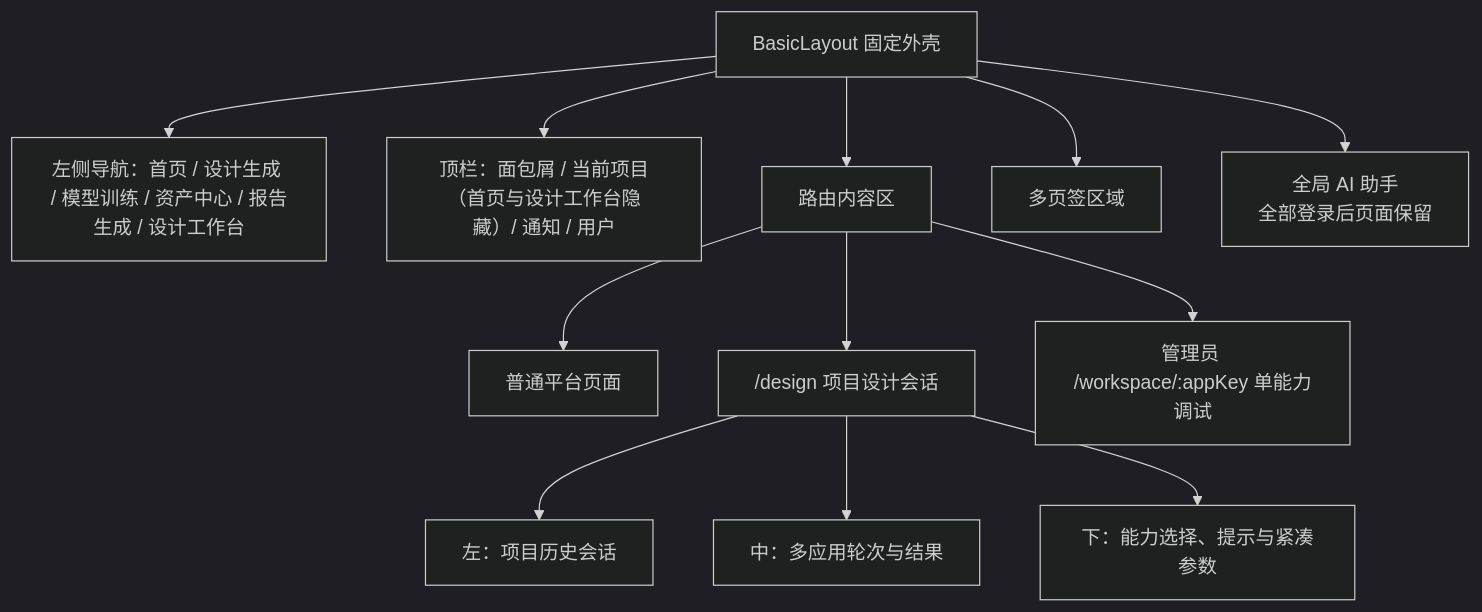
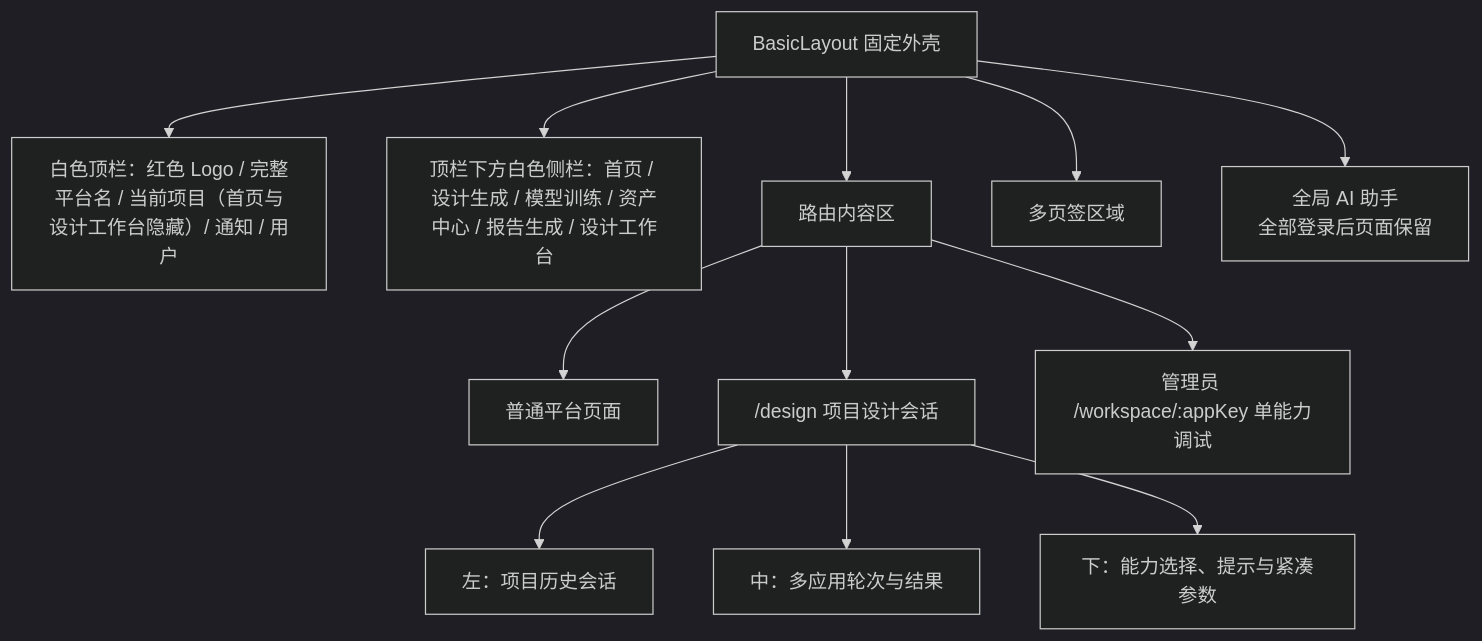
The third of 13 diagrams in docs/rail-platform/ARCHITECTURE.md (hywchina/vue-vben-admin), drawn with Mermaid (dark theme) before and after one commit. The commit also changed other lines of this file and 9 other files, not shown here.

````diff
--- a/docs/rail-platform/ARCHITECTURE.md
+++ b/docs/rail-platform/ARCHITECTURE.md
@@ -139,17 +139,17 @@
 ```mermaid
 flowchart TB
   Layout["BasicLayout 固定外壳"]
-  Layout --> Nav["左侧导航：首页 / 设计生成 / 模型训练 / 资产中心 / 报告生成 / 设计工作台"]
-  Layout --> Header["顶栏：面包屑 / 当前项目（首页与设计工作台隐藏）/ 通知 / 用户"]
+  Layout --> Header["白色顶栏：红色 Logo / 完整平台名 / 当前项目（首页与设计工作台隐藏）/ 通知 / 用户"]
+  Layout --> Nav["顶栏下方白色侧栏：首页 / 设计生成 / 模型训练 / 资产中心 / 报告生成 / 设计工作台"]
   Layout --> RouteArea["路由内容区"]
   Layout --> Tabs["多页签区域"]
   Layout --> Assistant["全局 AI 助手<br/>全部登录后页面保留"]
 
   RouteArea --> Normal["普通平台页面"]
   RouteArea --> DesignArea["/design 项目设计会话"]
   RouteArea --> AppArea["管理员 /workspace/:appKey 单能力调试"]
 
   DesignArea --> History["左：项目历史会话"]
   DesignArea --> Stage["中：多应用轮次与结果"]
   DesignArea --> Composer["下：能力选择、提示与紧凑参数"]
 ```
````
